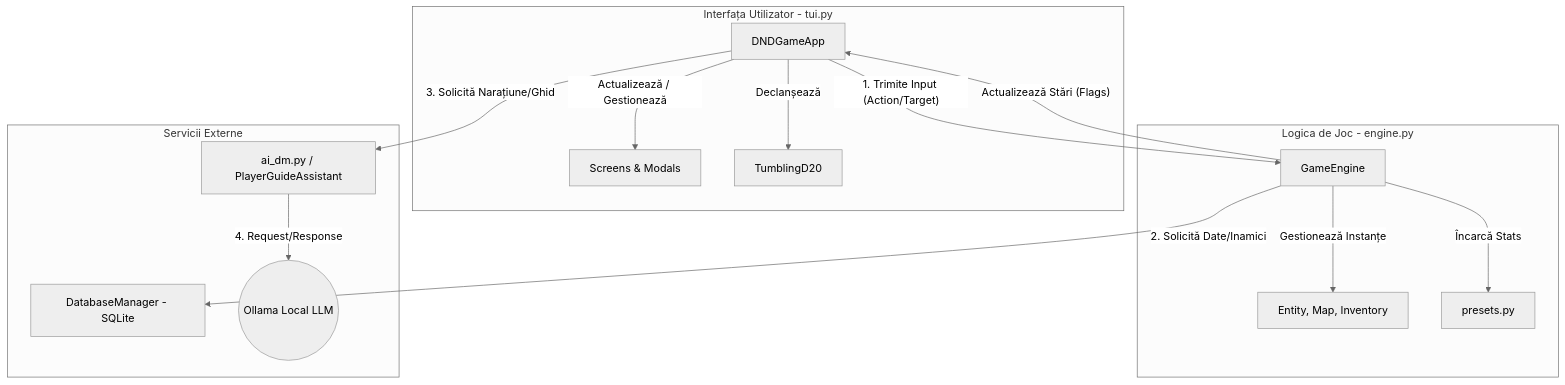
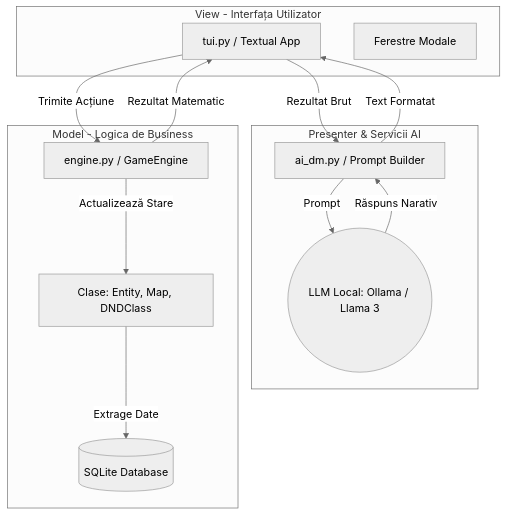
The first of 3 diagrams in README.md (Mach3tryhard/AI-Dungeon-Master), drawn with Mermaid (neutral theme) before and after one commit. The commit also changed other lines of this file, not shown here.

First line of the commit message:
Revise project specifications and architecture details

````diff
--- a/README.md
+++ b/README.md
@@ -57,36 +36,28 @@
 ```mermaid
 graph TD
-    %% Componentele UI
-    subgraph View/Controller [Interfața Utilizator - tui.py]
-        UI[DNDGameApp]
-        Modals[Screens & Modals]
-        Animation[TumblingD20]
-    end
+subgraph UI [View - Interfața Utilizator]
+TUI[tui.py / Textual App]
+Modals[Ferestre Modale]
+end
 
-    %% Nucleul Jocului
-    subgraph Model [Logica de Joc - engine.py]
-        Engine[GameEngine]
-        Entities[Entity, Map, Inventory]
-        Presets[presets.py]
-    end
+subgraph Services [Presenter & Servicii AI]
+    AIDM[ai_dm.py / Prompt Builder]
+    Ollama((LLM Local: Ollama / Llama 3))
+end
 
-    %% Servicii Externe
-    subgraph Services [Servicii Externe]
-        AIDM[ai_dm.py / PlayerGuideAssistant]
-        DB[DatabaseManager - SQLite]
-        Ollama((Ollama Local LLM))
-    end
+subgraph Core [Model - Logica de Business]
+    Engine[engine.py / GameEngine]
+    Entities[Clase: Entity, Map, DNDClass]
+    DB[(SQLite Database)]
+end
 
-    %% Conexiuni
-    UI -- "1. Trimite Input (Action/Target)" --> Engine
-    UI -- "Actualizează / Gestionează" --> Modals
-    UI -- "Declanșează" --> Animation
-    Engine -- "Actualizează Stări (Flags)" --> UI
-    
-    Engine -- "2. Solicită Date/Inamici" --> DB
-    Engine -- "Încarcă Stats" --> Presets
-    Engine -- "Gestionează Instanțe" --> Entities
-    
-    UI -- "3. Solicită Narațiune/Ghid" --> AIDM
-    AIDM -- "4. Request/Response" --> Ollama
+TUI -- "Trimite Acțiune" --> Engine
+Engine -- "Actualizează Stare" --> Entities
+Entities -- "Extrage Date" --> DB
+
+Engine -- "Rezultat Matematic" --> TUI
+TUI -- "Rezultat Brut" --> AIDM
+AIDM -- "Prompt" --> Ollama
+Ollama -- "Răspuns Narativ" --> AIDM
+AIDM -- "Text Formatat" --> TUI
 ```
````
